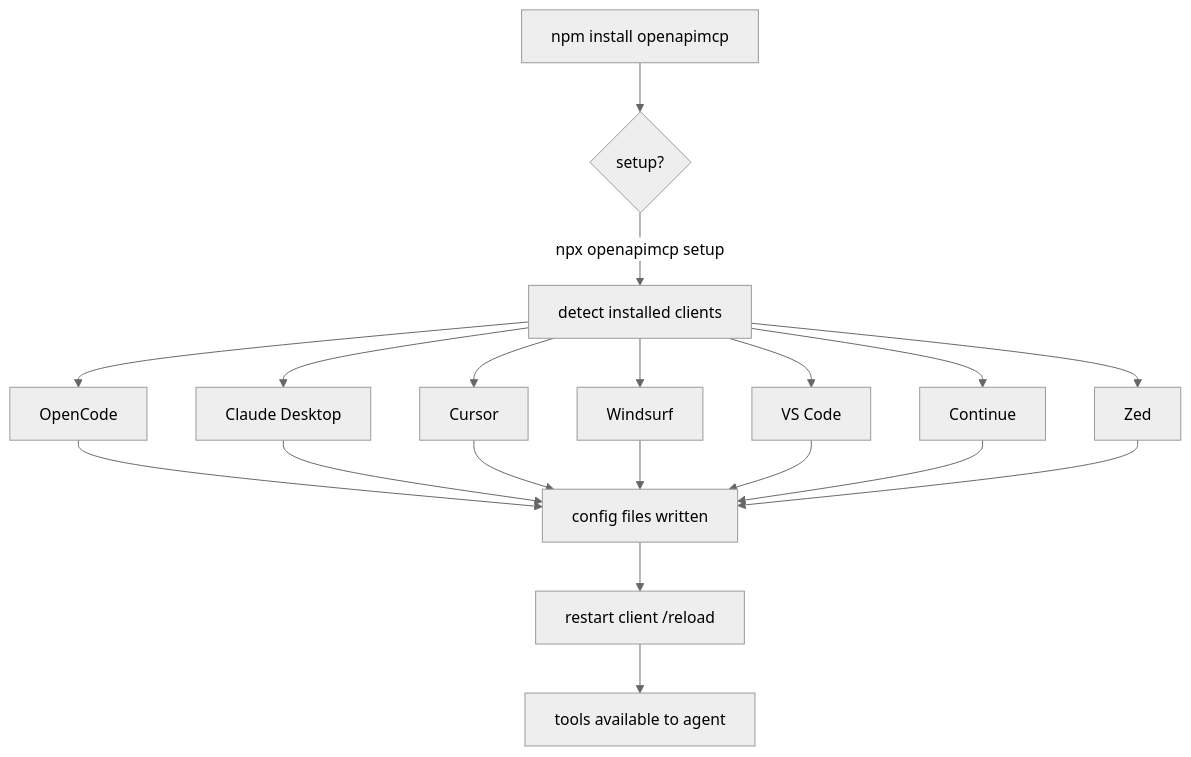
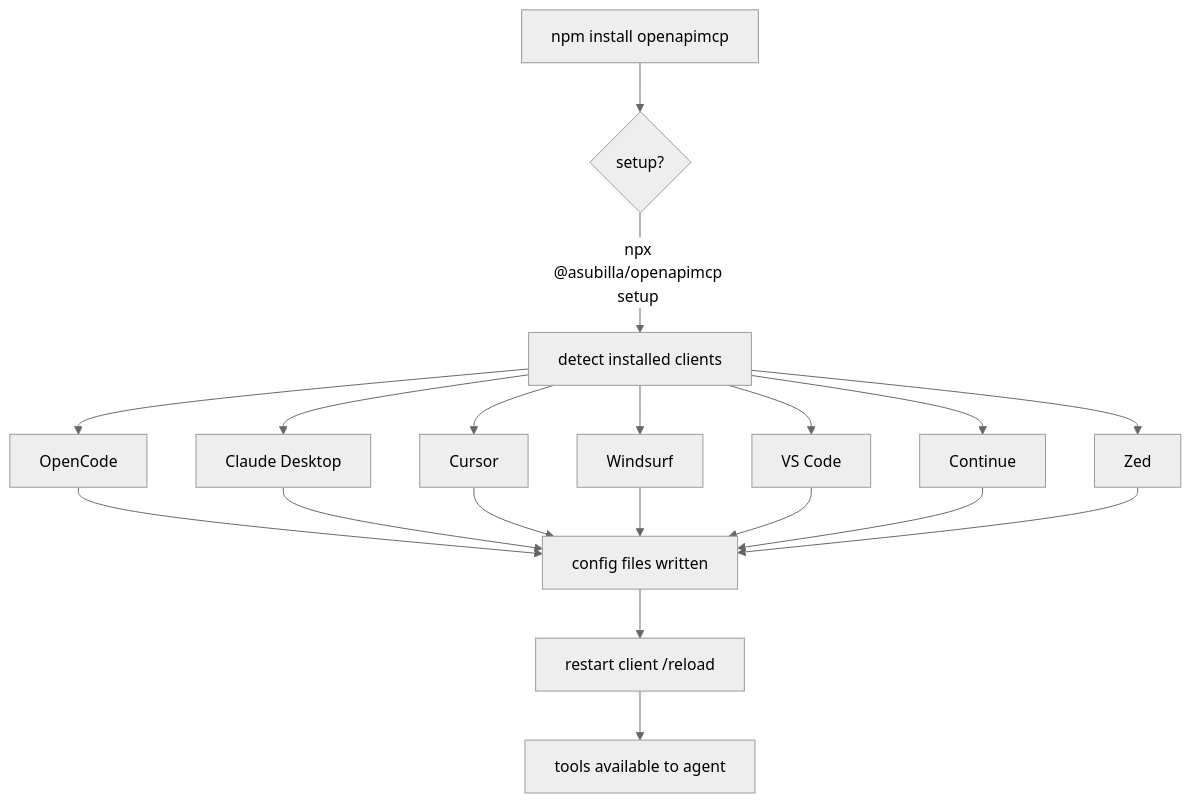
The third of 3 diagrams in README.md (asubilla/OpenApiMCP), drawn with Mermaid (neutral theme) before and after one commit. The commit also changed other lines of this file and 10 other files, not shown here.

Commit message:
chore: rename npm package to @asubilla/openapimcp (npm naming policy)

````diff
--- a/README.md
+++ b/README.md
@@ -78,15 +78,15 @@
 ```mermaid
 flowchart TD
   A[npm install openapimcp] --> B{setup?}
-  B -- "npx openapimcp setup <spec>" --> C[detect installed clients]
+  B -- "npx @asubilla/openapimcp setup <spec>" --> C[detect installed clients]
   C --> D[OpenCode]
   C --> E[Claude Desktop]
   C --> F[Cursor]
   C --> G[Windsurf]
   C --> H[VS Code]
   C --> I[Continue]
   C --> J[Zed]
   D & E & F & G & H & I & J --> K[config files written]
   K --> L[restart client /reload]
   L --> M[tools available to agent]
 ```
````
